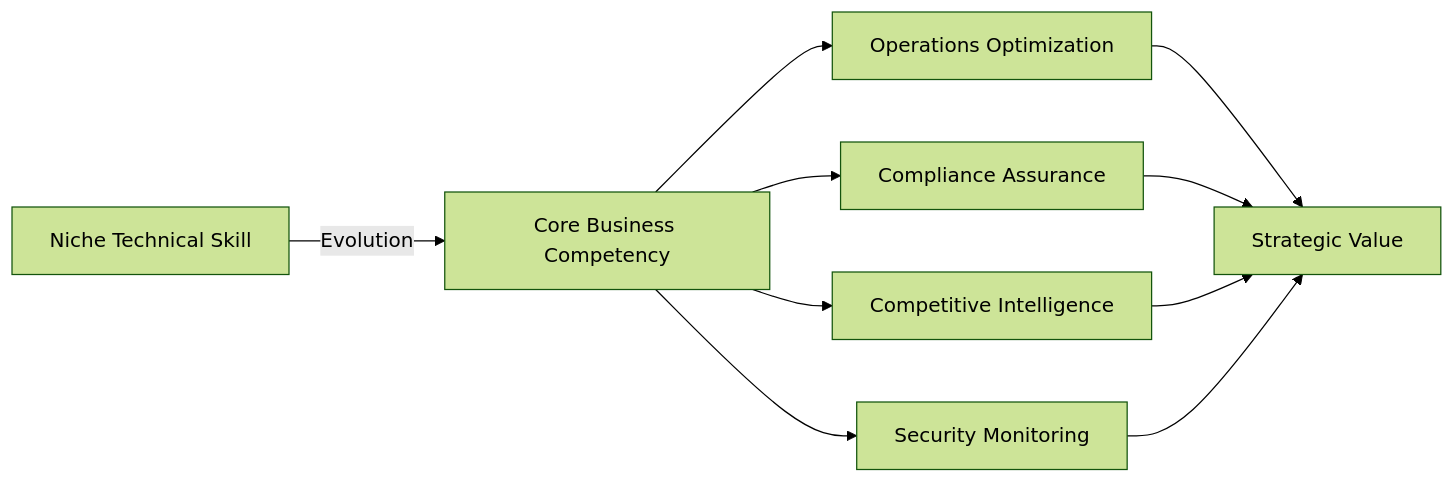
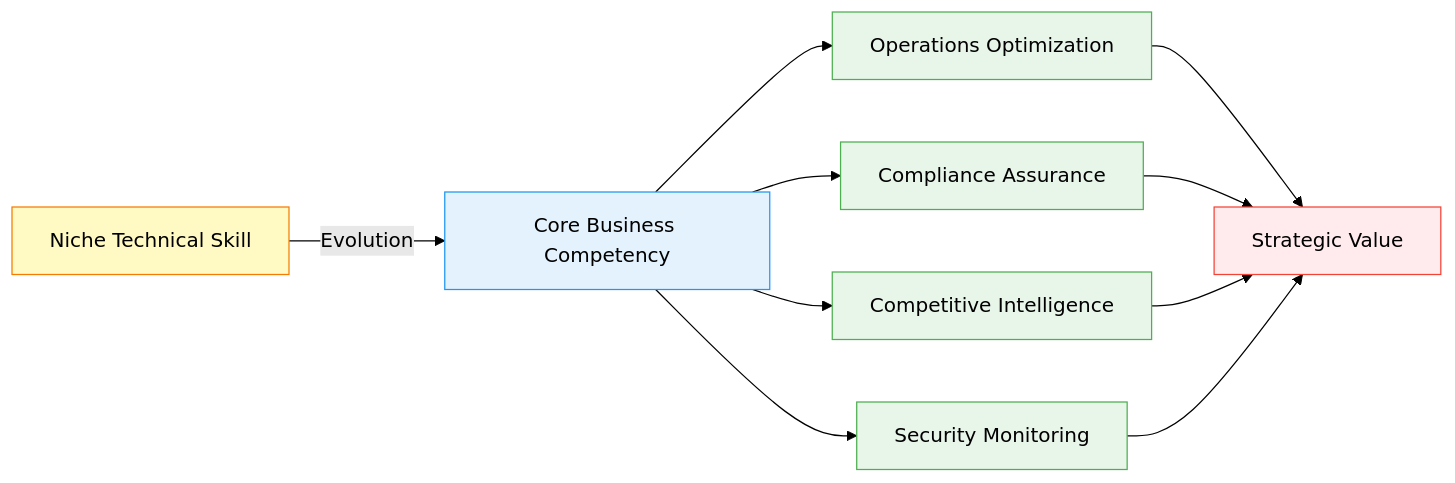
One commit to ljg-cqu/knowledge changed the ninth of 14 diagrams in Industry/Blockchain/Blockchain/ValueChain/QA_LinerGeneralDeepResearch.md. Above: the diagram before and after it, drawn with Mermaid (forest theme). The commit also changed other lines of this file and 6 other files, not shown here.

````diff
--- a/Industry/Blockchain/Blockchain/ValueChain/QA_LinerGeneralDeepResearch.md
+++ b/Industry/Blockchain/Blockchain/ValueChain/QA_LinerGeneralDeepResearch.md
@@ -379,13 +459,21 @@
 ```mermaid
 graph LR
     A[Niche Technical Skill] -->|Evolution| B[Core Business Competency]
     B --> C[Operations Optimization]
     B --> D[Compliance Assurance]
     B --> E[Competitive Intelligence]
     B --> F[Security Monitoring]
     
     C --> G[Strategic Value]
     D --> G
     E --> G
     F --> G
+    
+    style A fill:#FFF9C4,stroke:#F57C00,color:#000
+    style B fill:#E3F2FD,stroke:#2196F3,color:#000
+    style C fill:#E8F5E9,stroke:#4CAF50,color:#000
+    style D fill:#E8F5E9,stroke:#4CAF50,color:#000
+    style E fill:#E8F5E9,stroke:#4CAF50,color:#000
+    style F fill:#E8F5E9,stroke:#4CAF50,color:#000
+    style G fill:#FFEBEE,stroke:#F44336,color:#000
 ```
````
